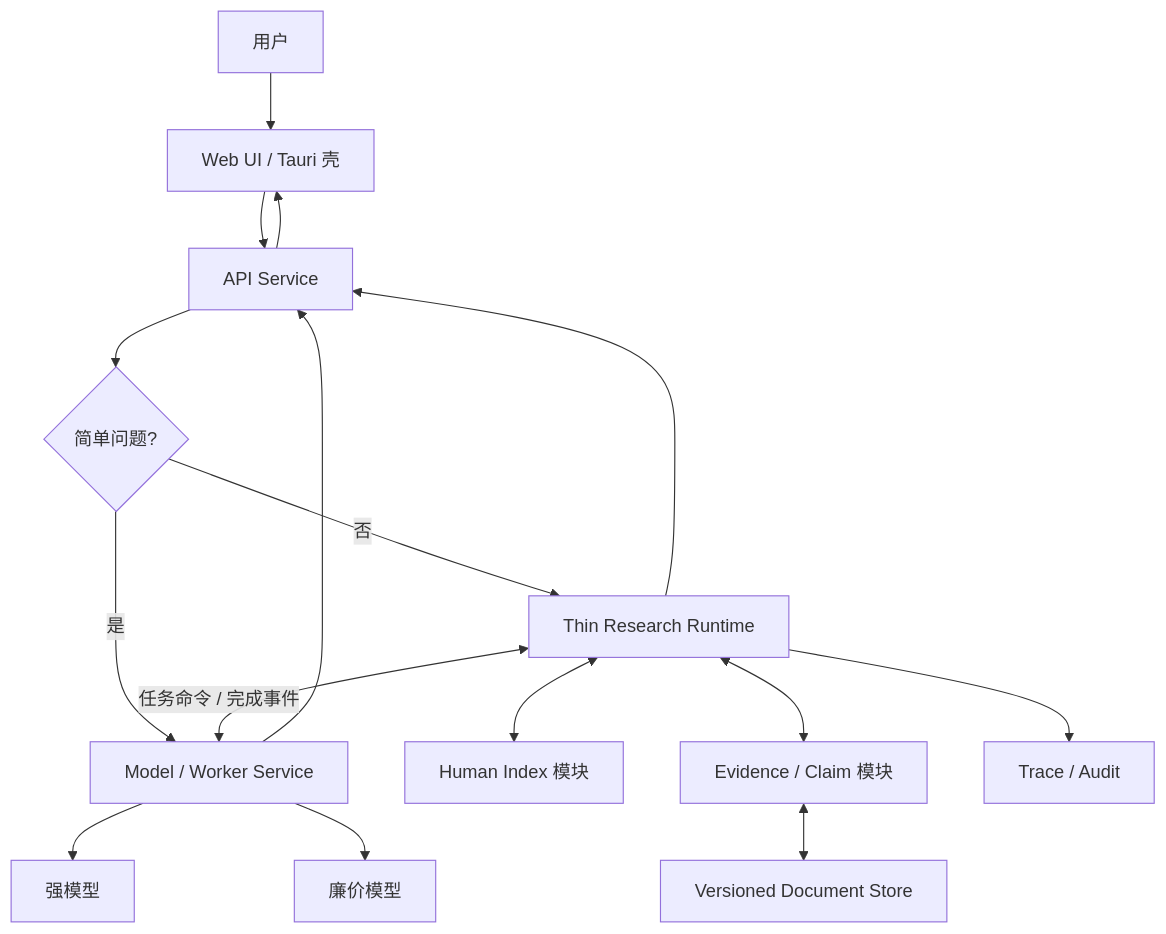
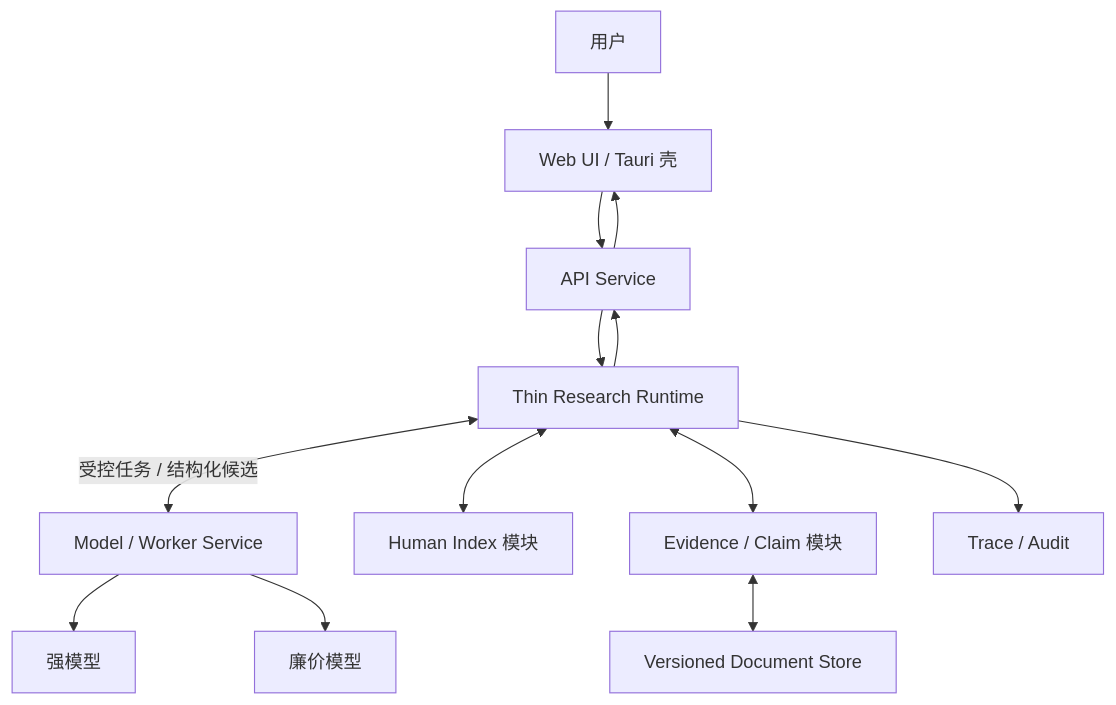
One commit to SuperCatQR/traceable-research-runtime changed the first of 2 diagrams in docs/architecture.md. Above: the diagram before and after it, drawn with Mermaid. The commit also changed other lines of this file and 1 other file, not shown here.

Commit message:
docs: replace model routing with controlled workflow

````diff
--- a/docs/architecture.md
+++ b/docs/architecture.md
@@ -49,21 +51,18 @@
 ```mermaid
 flowchart TB
     U[用户] --> UI[Web UI / Tauri 壳]
     UI --> API[API Service]
-    API --> G{简单问题?}
-    G -->|是| MS[Model / Worker Service]
-    G -->|否| R[Thin Research Runtime]
+    API --> R[Thin Research Runtime]
 
-    R <-->|任务命令 / 完成事件| MS
+    R <-->|受控任务 / 结构化候选| MS[Model / Worker Service]
     MS --> SM[强模型]
     MS --> CM[廉价模型]
 
     R <--> I[Human Index 模块]
     R <--> E[Evidence / Claim 模块]
     E <--> D[Versioned Document Store]
     R --> A[Trace / Audit]
 
-    MS --> API
     R --> API
     API --> UI
 ```
````
